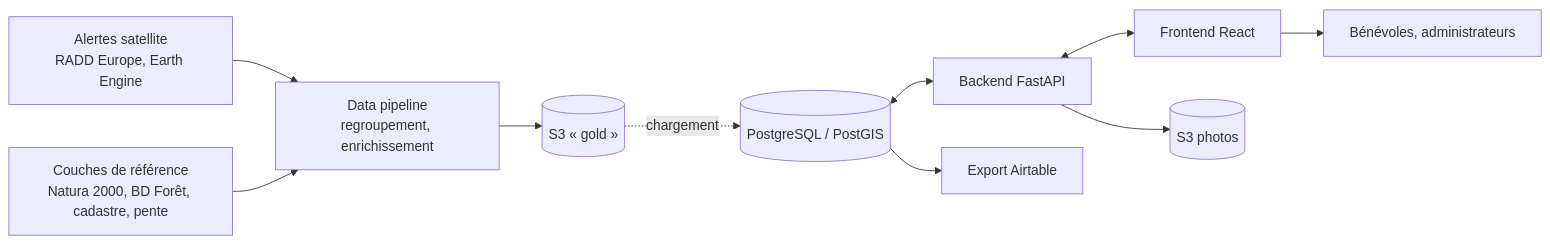
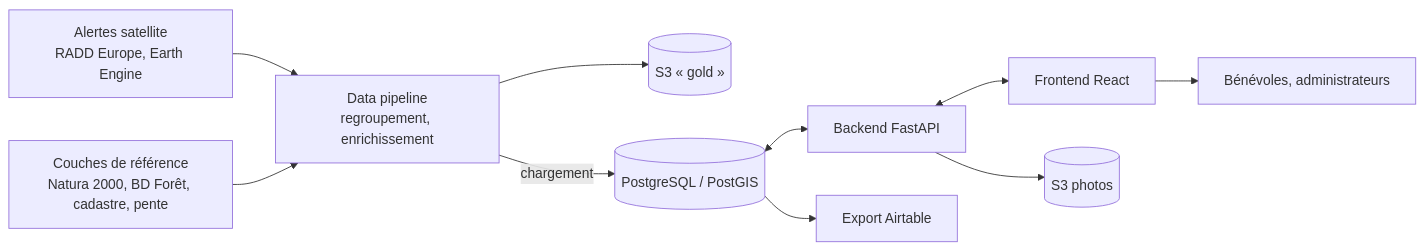
The first of 3 diagrams in docs/architecture.md (dataforgoodfr/13_brigade_coupes_rases), drawn with Mermaid before and after one commit. The commit also changed other lines of this file and 8 other files, not shown here.

````diff
--- a/docs/architecture.md
+++ b/docs/architecture.md
@@ -7,12 +7,12 @@
 ```mermaid
 flowchart LR
     RADD[Alertes satellite<br>RADD Europe, Earth Engine] --> P[Data pipeline<br>regroupement, enrichissement]
     REF[Couches de référence<br>Natura 2000, BD Forêt, cadastre, pente] --> P
     P --> S3[(S3 « gold »)]
-    S3 -. chargement .-> DB[(PostgreSQL / PostGIS)]
+    P -- chargement --> DB[(PostgreSQL / PostGIS)]
     DB <--> API[Backend FastAPI]
     API <--> FRONT[Frontend React]
     FRONT --> V[Bénévoles, administrateurs]
     API --> PHOTOS[(S3 photos)]
     DB --> AT[Export Airtable]
 ```
````
